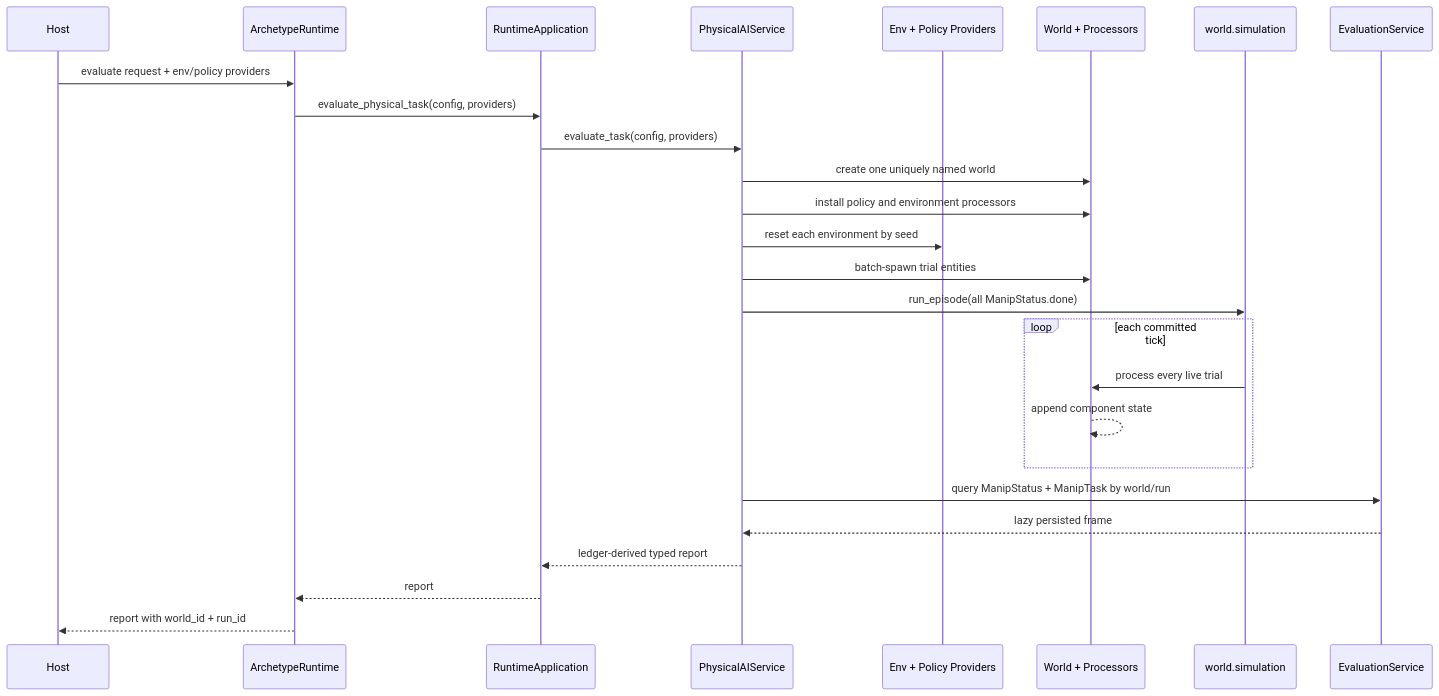
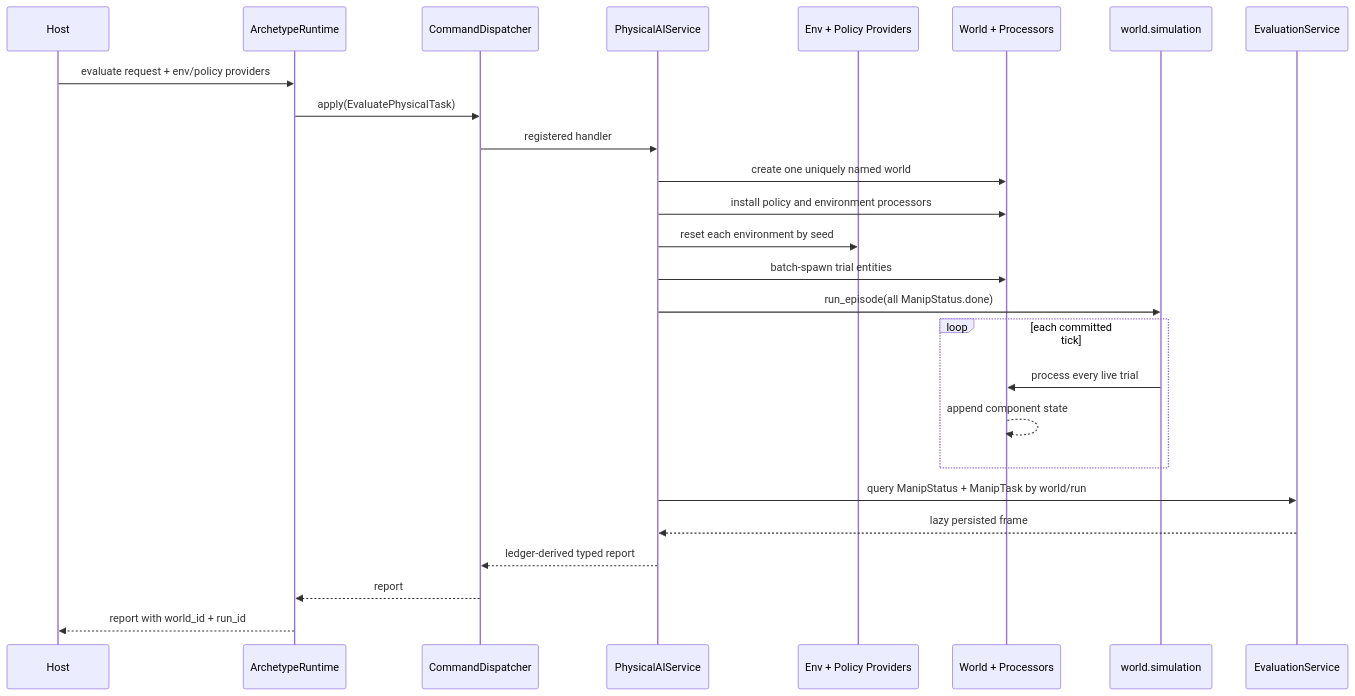
Before and after one commit to VangelisTech/archetype: the diagram in docs/guide/physical-ai.md, drawn with Mermaid. The commit also changed other lines of this file and 4 other files, not shown here.

````diff
--- a/docs/guide/physical-ai.md
+++ b/docs/guide/physical-ai.md
@@ -128,29 +128,29 @@
 ```mermaid
 sequenceDiagram
     participant Host
     participant Runtime as ArchetypeRuntime
-    participant App as RuntimeApplication
+    participant Dispatcher as CommandDispatcher
     participant Physical as PhysicalAIService
     participant Providers as Env + Policy Providers
     participant World as World + Processors
     participant Simulation as world.simulation
     participant Evaluation as EvaluationService
 
     Host->>Runtime: evaluate request + env/policy providers
-    Runtime->>App: evaluate_physical_task(config, providers)
-    App->>Physical: evaluate_task(config, providers)
+    Runtime->>Dispatcher: apply(EvaluatePhysicalTask)
+    Dispatcher->>Physical: registered handler
     Physical->>World: create one uniquely named world
     Physical->>World: install policy and environment processors
     Physical->>Providers: reset each environment by seed
     Physical->>World: batch-spawn trial entities
     Physical->>Simulation: run_episode(all ManipStatus.done)
     loop each committed tick
         Simulation->>World: process every live trial
         World-->>World: append component state
     end
     Physical->>Evaluation: query ManipStatus + ManipTask by world/run
     Evaluation-->>Physical: lazy persisted frame
-    Physical-->>App: ledger-derived typed report
-    App-->>Runtime: report
+    Physical-->>Dispatcher: ledger-derived typed report
+    Dispatcher-->>Runtime: report
     Runtime-->>Host: report with world_id + run_id
 ```
````
